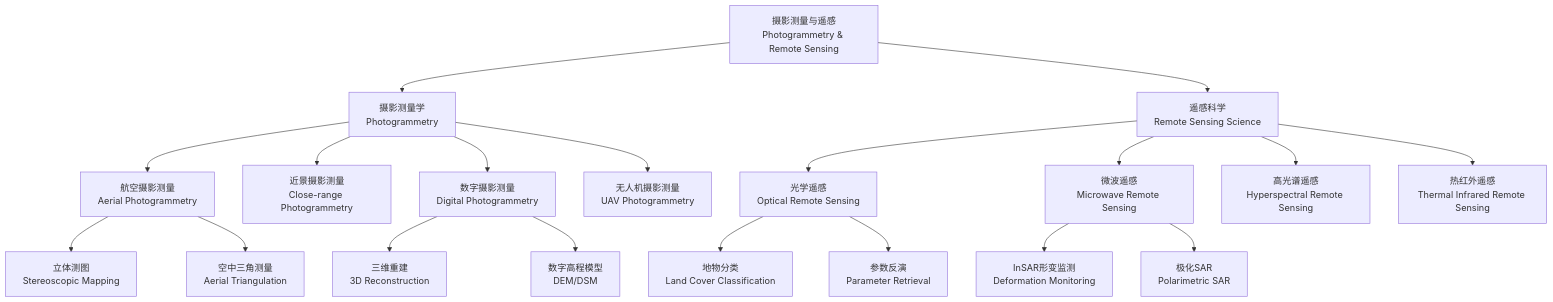
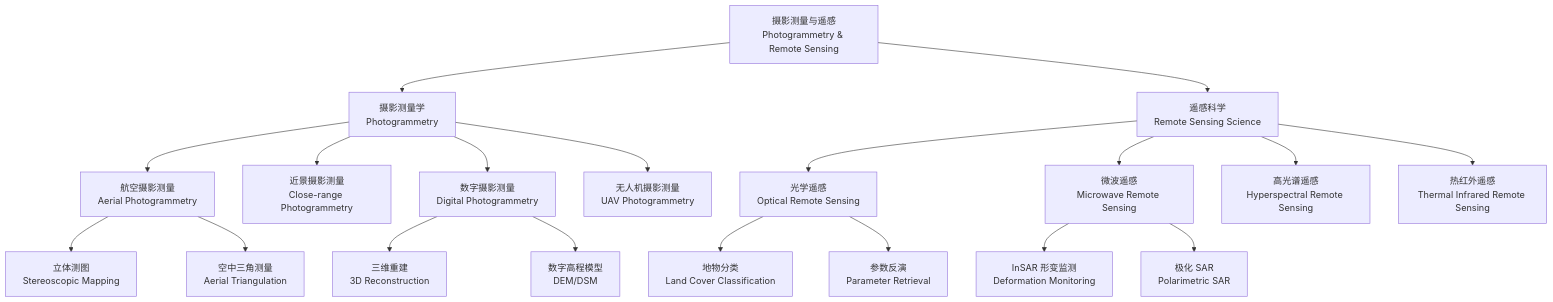
One commit to Tianshang301/TianshangKnowledgeBase changed the diagram in 04_EngineeringAndTechnology/SurveyingAndMappingScience/Photogrammetry/摄影测量与遥感.md. Above: the diagram before and after it, drawn with Mermaid. The commit also changed other lines of this file and 2257 other files, not shown here.

````diff
--- a/04_EngineeringAndTechnology/SurveyingAndMappingScience/Photogrammetry/摄影测量与遥感.md
+++ b/04_EngineeringAndTechnology/SurveyingAndMappingScience/Photogrammetry/摄影测量与遥感.md
@@ -14,21 +14,21 @@
 ```mermaid
 graph TD
   A[摄影测量与遥感<br/>Photogrammetry & Remote Sensing] --> B[摄影测量学<br/>Photogrammetry]
   A --> C[遥感科学<br/>Remote Sensing Science]
   B --> D[航空摄影测量<br/>Aerial Photogrammetry]
   B --> E[近景摄影测量<br/>Close-range Photogrammetry]
   B --> F[数字摄影测量<br/>Digital Photogrammetry]
   B --> G[无人机摄影测量<br/>UAV Photogrammetry]
   C --> H[光学遥感<br/>Optical Remote Sensing]
   C --> I[微波遥感<br/>Microwave Remote Sensing]
   C --> J[高光谱遥感<br/>Hyperspectral Remote Sensing]
   C --> K[热红外遥感<br/>Thermal Infrared Remote Sensing]
   D --> L[立体测图<br/>Stereoscopic Mapping]
   D --> M[空中三角测量<br/>Aerial Triangulation]
   F --> N[三维重建<br/>3D Reconstruction]
   F --> O[数字高程模型<br/>DEM/DSM]
   H --> P[地物分类<br/>Land Cover Classification]
   H --> Q[参数反演<br/>Parameter Retrieval]
-  I --> R[InSAR形变监测<br/>Deformation Monitoring]
-  I --> S[极化SAR<br/>Polarimetric SAR]
+  I --> R[InSAR 形变监测<br/>Deformation Monitoring]
+  I --> S[极化 SAR<br/>Polarimetric SAR]
 ```
````
